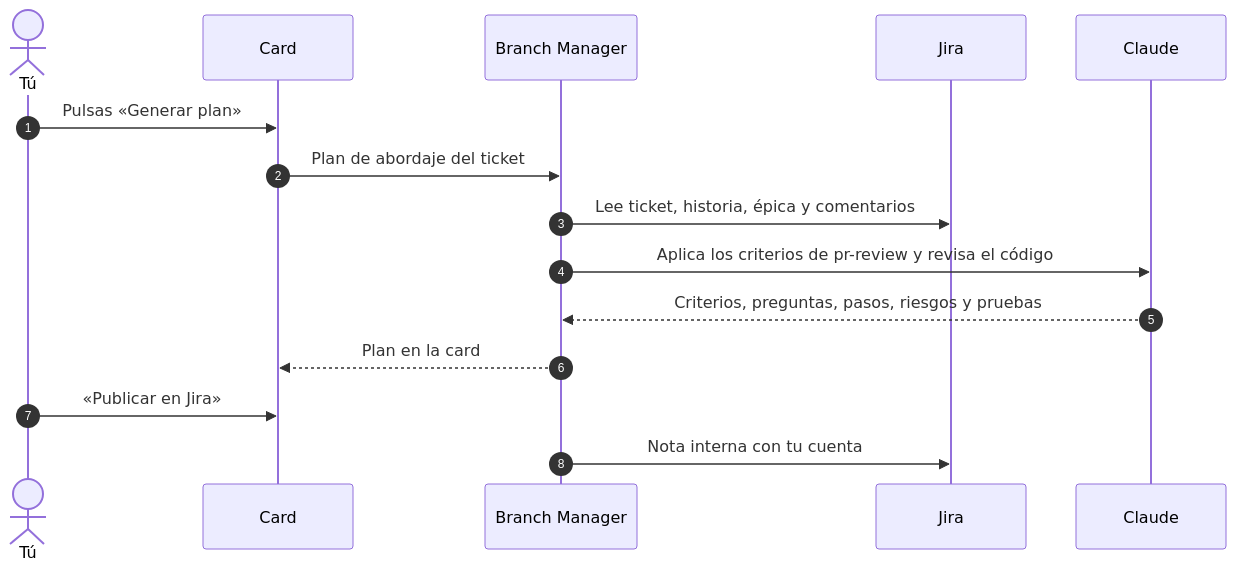
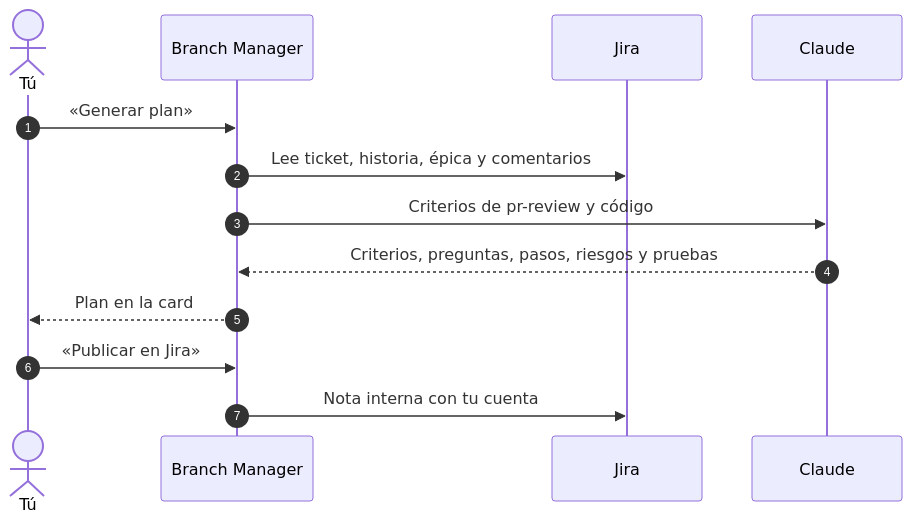
One commit to esinergiajohan/smart-goals-2026 changed the fifth of 6 diagrams in README.md. Above: the diagram before and after it, drawn with Mermaid. The commit also changed other lines of this file, not shown here.

Commit message:
docs: README en grid con la card en la cabecera

````diff
--- a/README.md
+++ b/README.md
@@ -285,17 +262,15 @@
 ```mermaid
 sequenceDiagram
   autonumber
   actor Tu as Tú
-  participant Card as Card
   participant API as Branch Manager
   participant Jira as Jira
   participant IA as Claude
-  Tu->>Card: Pulsas «Generar plan»
-  Card->>API: Plan de abordaje del ticket
+  Tu->>API: «Generar plan»
   API->>Jira: Lee ticket, historia, épica y comentarios
-  API->>IA: Aplica los criterios de pr-review y revisa el código
+  API->>IA: Criterios de pr-review y código
   IA-->>API: Criterios, preguntas, pasos, riesgos y pruebas
-  API-->>Card: Plan en la card
-  Tu->>Card: «Publicar en Jira»
+  API-->>Tu: Plan en la card
+  Tu->>API: «Publicar en Jira»
   API->>Jira: Nota interna con tu cuenta
 ```
````
